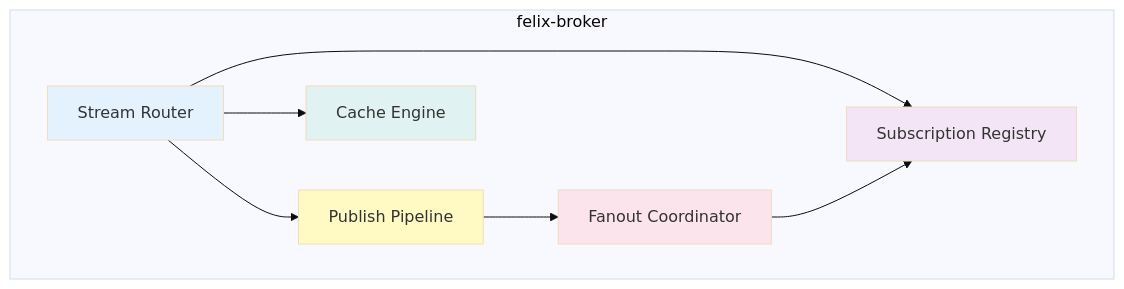
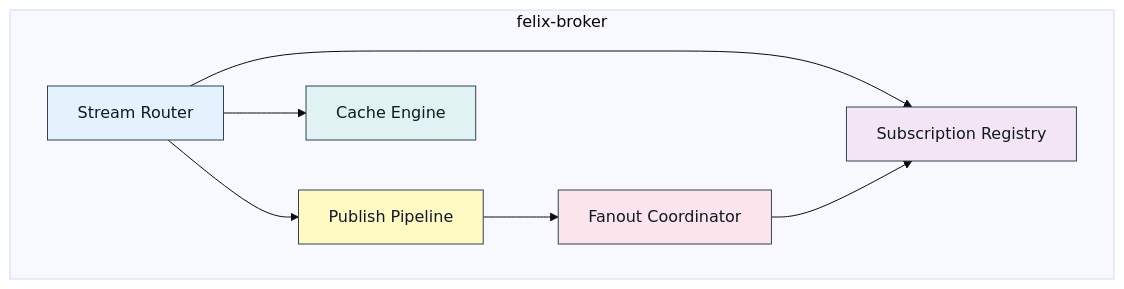
Before and after one commit to gabloe/felix: the third of 7 diagrams in docs-site/src/content/docs/architecture/components.md, drawn with Mermaid (base theme). The commit also changed other lines of this file and 36 other files, not shown here.

````diff
--- a/docs-site/src/content/docs/architecture/components.md
+++ b/docs-site/src/content/docs/architecture/components.md
@@ -156,22 +184,22 @@
 ```mermaid
 graph TB
     subgraph Broker["felix-broker"]
         Ingress[Stream Router]
         Publish[Publish Pipeline]
         Subscribe[Subscription Registry]
         Cache[Cache Engine]
         Fanout[Fanout Coordinator]
     end
     
     Ingress --> Publish
     Ingress --> Subscribe
     Ingress --> Cache
     Publish --> Fanout
     Fanout --> Subscribe
     
-    style Ingress fill:#e3f2fd
-    style Publish fill:#fff9c4
-    style Subscribe fill:#f3e5f5
-    style Cache fill:#e0f2f1
-    style Fanout fill:#fce4ec
+    style Ingress fill:#e3f2fd,stroke:#334155,color:#111827
+    style Publish fill:#fff9c4,stroke:#334155,color:#111827
+    style Subscribe fill:#f3e5f5,stroke:#334155,color:#111827
+    style Cache fill:#e0f2f1,stroke:#334155,color:#111827
+    style Fanout fill:#fce4ec,stroke:#334155,color:#111827
 ```
````
